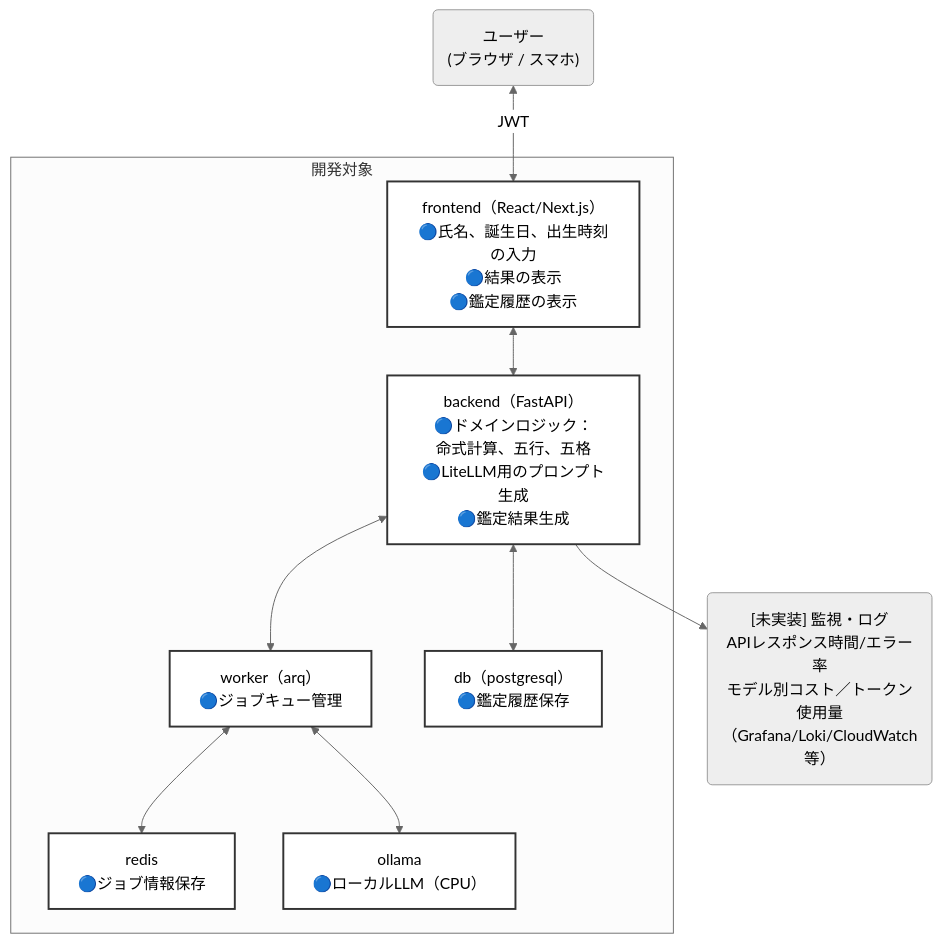
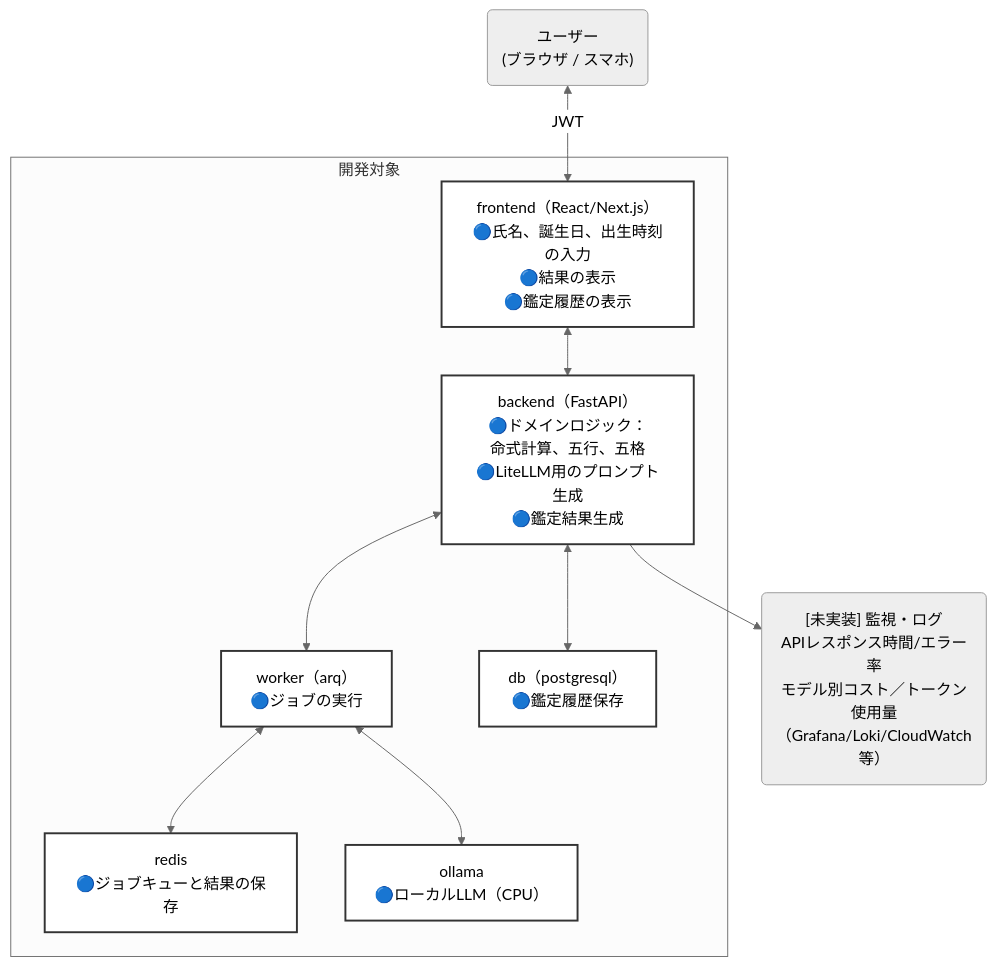
One commit to plaodas/fortunes changed the diagram in README.md. Above: the diagram before and after it, drawn with Mermaid (neutral theme). The commit also changed 1 other file, not shown here.

Commit message:
chore: update README and tests for Ollama model changes
- Modified README to reflect changes in job management and data storage terminology.
- Updated test to use the new Ollama model version qwen3.5:4b, ensuring consistency with recent model updates.

````diff
--- a/README.md
+++ b/README.md
@@ -32,53 +32,53 @@
 ```mermaid
 flowchart TD
   %% ノード定義
   user("`ユーザー
     (ブラウザ / スマホ)
   `")
   subgraph 開発対象
     frontend["`frontend（React/Next.js）
       🔵氏名、誕生日、出生時刻の入力
       🔵結果の表示
       🔵鑑定履歴の表示
     `"]
     backend["`backend（FastAPI）
       🔵ドメインロジック：
         命式計算、五行、五格
       🔵LiteLLM用のプロンプト生成
       🔵鑑定結果生成
     `"]
     worker["`worker（arq）
-      🔵ジョブキュー管理
+      🔵ジョブの実行
     `"]
     redis["`redis
-      🔵ジョブ情報保存
+      🔵ジョブキューと結果の保存
     `"]
     db["`db（postgresql）
       🔵鑑定履歴保存
     `"]
     ollama["`ollama
       🔵ローカルLLM（CPU）
     `"]
   end
   monitor("`[未実装] 監視・ログ
     APIレスポンス時間/エラー率
     モデル別コスト／トークン使用量
     （Grafana/Loki/CloudWatch等）
   `")
 
   user <-->|JWT| frontend
   frontend <--> backend
   backend <--> worker
   worker <--> redis
   backend <--> db
   backend --> monitor
   worker <--> ollama
 
   %% 幅を指定するクラス定義（pxで指定）
 
   classDef wideCard stroke:#333,stroke-width:1px
   class * wideCard
   classDef dev fill:#fff,stroke:#333,stroke-width:2px,width:400px;text-align:center
   class frontend,backend,worker,redis,db,ollama dev
 
 ```
````
